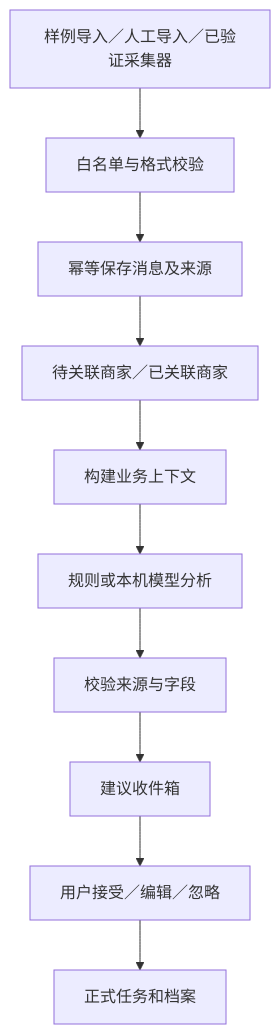
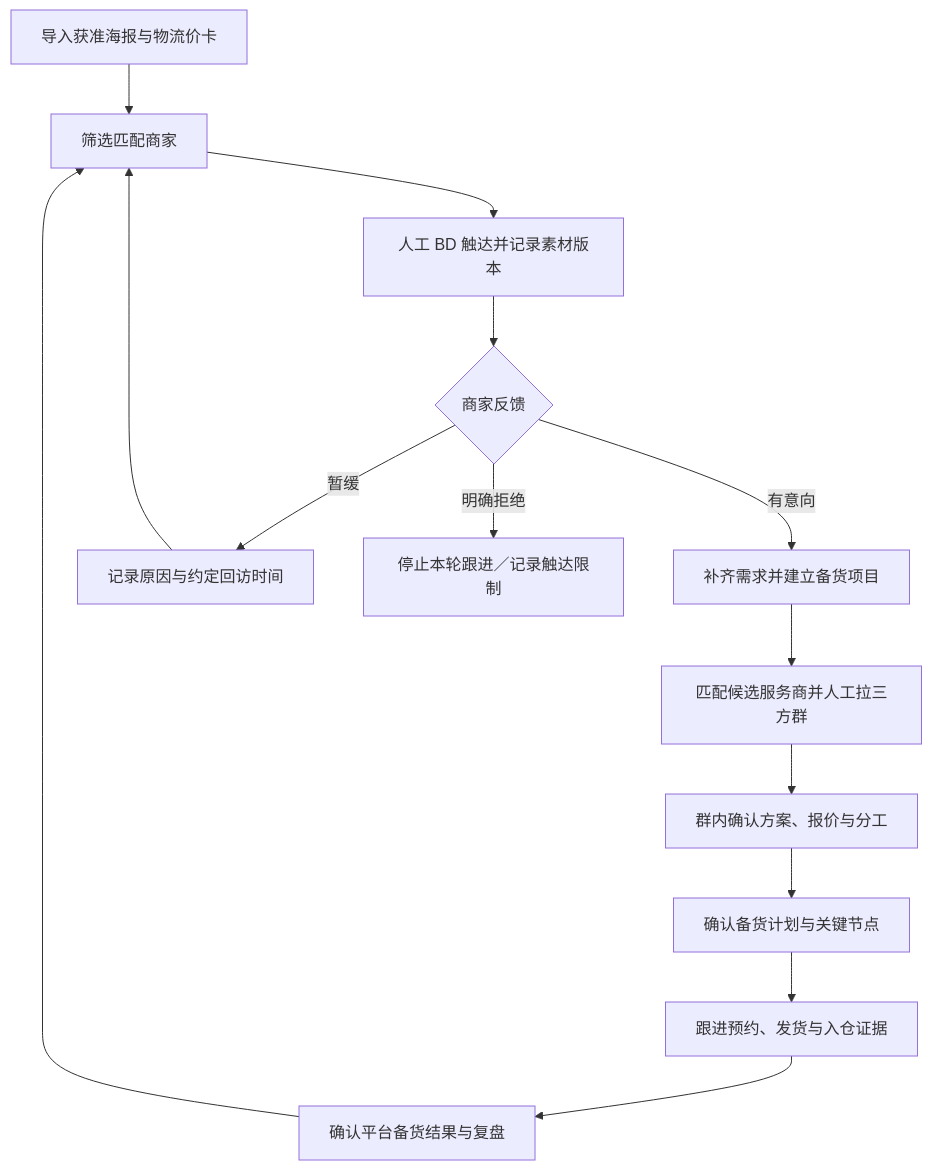
One commit to EligahYy/Wechat-Agent changed the diagram in docs/01-workflow.md. Above: the diagram before and after it, drawn with Mermaid. The commit also changed other lines of this file and 3 other files, not shown here.

````diff
--- a/docs/01-workflow.md
+++ b/docs/01-workflow.md
@@ -39,12 +31,16 @@
 ```mermaid
 flowchart TD
-    A[样例导入／人工导入／已验证采集器] --> B[白名单与格式校验]
-    B --> C[幂等保存消息及来源]
-    C --> D[待关联商家／已关联商家]
-    D --> E[构建业务上下文]
-    E --> F[规则或本机模型分析]
-    F --> G[校验来源与字段]
-    G --> H[建议收件箱]
-    H --> I[用户接受／编辑／忽略]
-    I --> J[正式任务和档案]
+    A[导入获准海报与物流价卡] --> B[筛选匹配商家]
+    B --> C[人工 BD 触达并记录素材版本]
+    C --> D{商家反馈}
+    D -->|有意向| E[补齐需求并建立备货项目]
+    D -->|暂缓| F[记录原因与约定回访时间]
+    D -->|明确拒绝| G[停止本轮跟进／记录触达限制]
+    E --> H[匹配候选服务商并人工拉三方群]
+    H --> I[群内确认方案、报价与分工]
+    I --> J[确认备货计划与关键节点]
+    J --> K[跟进预约、发货与入仓证据]
+    K --> L[确认平台备货结果与复盘]
+    F --> B
+    L --> B
 ```
````
